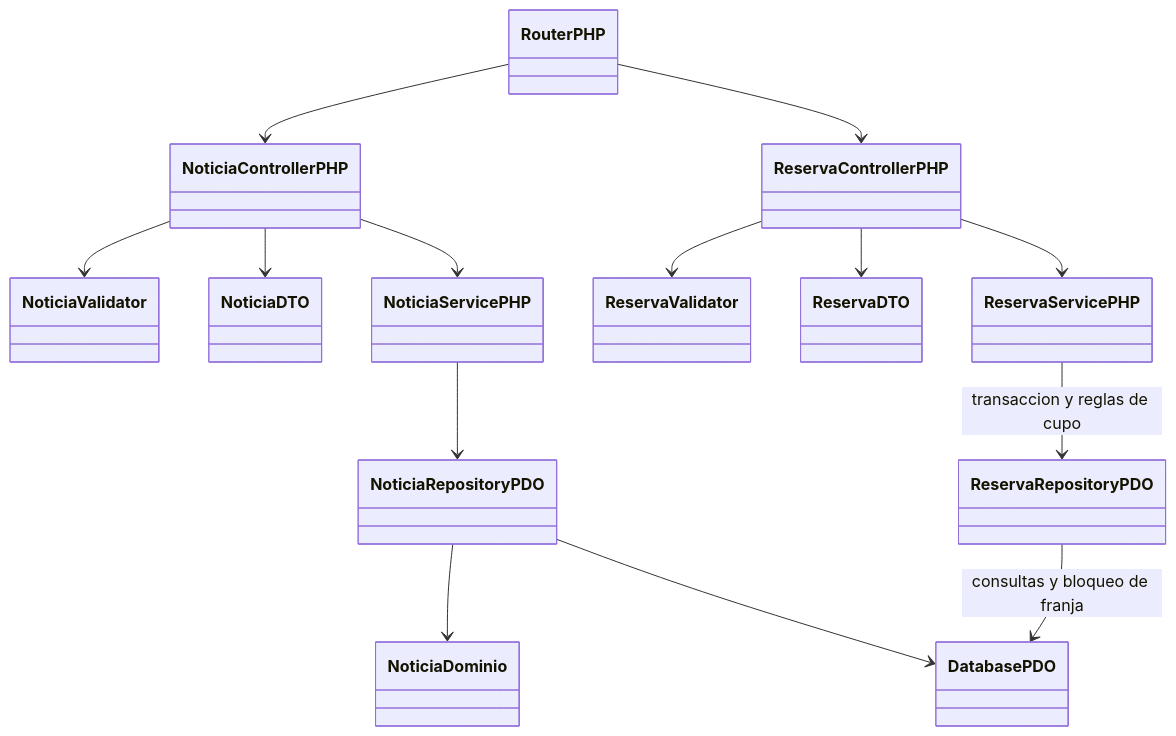
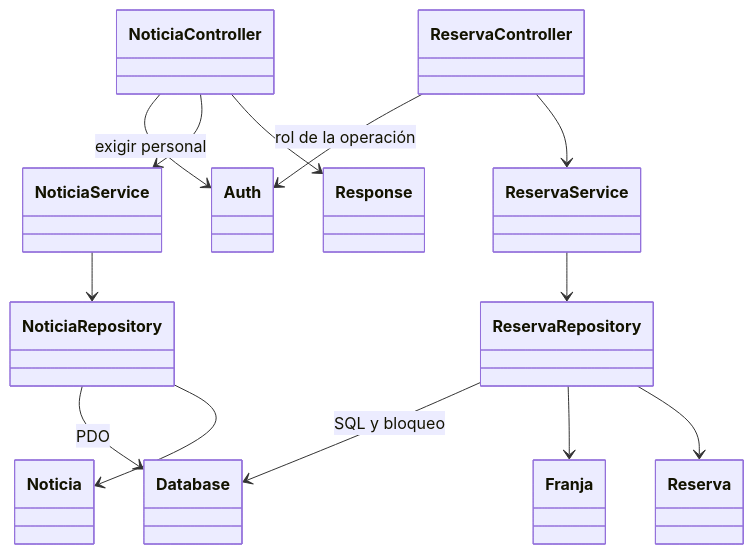
The diagram in docs/Diagramas/README.md (totito19/Proyecto-IMSJ), drawn with Mermaid before and after one commit. The commit also changed other lines of this file and 205 other files, not shown here.

````diff
--- a/docs/Diagramas/README.md
+++ b/docs/Diagramas/README.md
@@ -87,29 +22,27 @@
 ```mermaid
 classDiagram
-    class RouterPHP
-    class NoticiaControllerPHP
-    class NoticiaValidator
-    class NoticiaDTO
-    class NoticiaServicePHP
-    class NoticiaRepositoryPDO
-    class NoticiaDominio
-    class ReservaControllerPHP
-    class ReservaValidator
-    class ReservaDTO
-    class ReservaServicePHP
-    class ReservaRepositoryPDO
-    class DatabasePDO
-    RouterPHP --> NoticiaControllerPHP
-    NoticiaControllerPHP --> NoticiaValidator
-    NoticiaControllerPHP --> NoticiaDTO
-    NoticiaControllerPHP --> NoticiaServicePHP
-    NoticiaServicePHP --> NoticiaRepositoryPDO
-    NoticiaRepositoryPDO --> NoticiaDominio
-    NoticiaRepositoryPDO --> DatabasePDO
-    RouterPHP --> ReservaControllerPHP
-    ReservaControllerPHP --> ReservaValidator
-    ReservaControllerPHP --> ReservaDTO
-    ReservaControllerPHP --> ReservaServicePHP
-    ReservaServicePHP --> ReservaRepositoryPDO : transaccion y reglas de cupo
-    ReservaRepositoryPDO --> DatabasePDO : consultas y bloqueo de franja
+    class NoticiaController
+    class NoticiaService
+    class NoticiaRepository
+    class Noticia
+    class ReservaController
+    class ReservaService
+    class ReservaRepository
+    class Franja
+    class Reserva
+    class Database
+    class Auth
+    class Response
+    NoticiaController --> Auth : exigir personal
+    NoticiaController --> NoticiaService
+    NoticiaService --> NoticiaRepository
+    NoticiaRepository --> Database : PDO
+    NoticiaRepository --> Noticia
+    NoticiaController --> Response
+    ReservaController --> Auth : rol de la operación
+    ReservaController --> ReservaService
+    ReservaService --> ReservaRepository
+    ReservaRepository --> Database : SQL y bloqueo
+    ReservaRepository --> Franja
+    ReservaRepository --> Reserva
 ```
````
